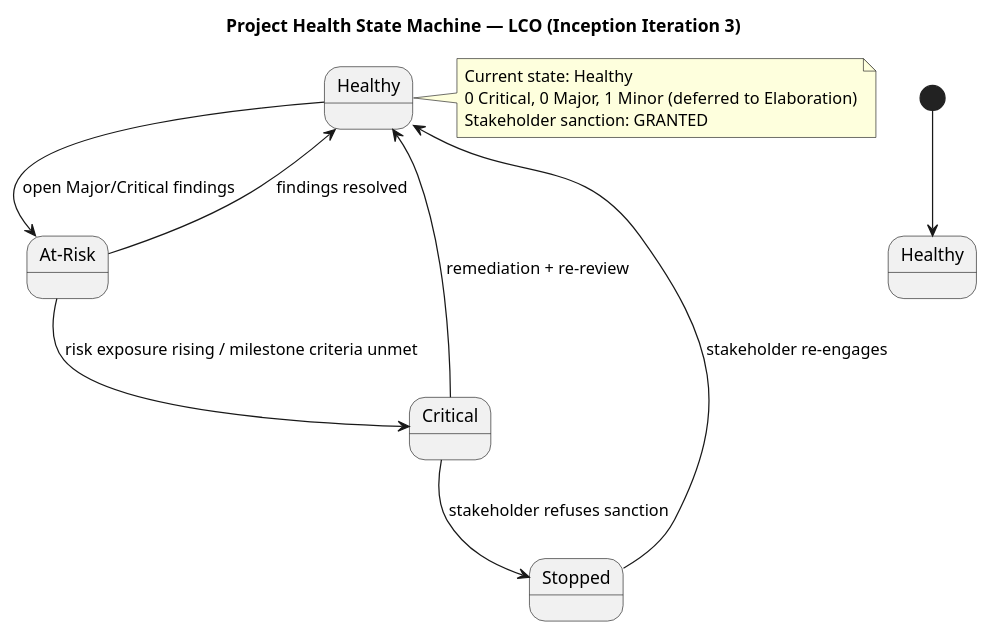
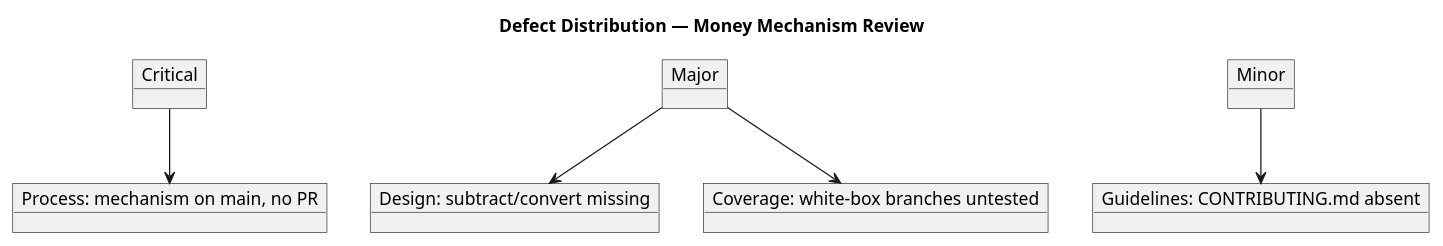
The second of 2 diagrams in docs/artifacts/project-management/review-record.md (banense-test/trademe), drawn with PlantUML before and after one commit. The commit also changed other lines of this file, not shown here.

First line of the commit message:
Code Reviewer [E1]: upsert Review Record

````diff
--- a/docs/artifacts/project-management/review-record.md
+++ b/docs/artifacts/project-management/review-record.md
@@ -49,25 +58,20 @@
 ```plantuml
 @startuml
-title Project Health State Machine — LCO (Inception Iteration 3)
+title Defect Distribution — Money Mechanism Review
 
-[*] --> Healthy
+object "Critical" as CR
+object "Major" as MA
+object "Minor" as MI
 
-state "Healthy" as H
-state "At-Risk" as AR
-state "Critical" as CR
-state "Stopped" as ST
+object "Process: mechanism on main, no PR" as D1
+object "Design: subtract/convert missing" as D2
+object "Coverage: white-box branches untested" as D3
+object "Guidelines: CONTRIBUTING.md absent" as D4
 
-H --> AR : open Major/Critical findings
-AR --> H : findings resolved
-AR --> CR : risk exposure rising / milestone criteria unmet
-CR --> ST : stakeholder refuses sanction
-CR --> H : remediation + re-review
-ST --> H : stakeholder re-engages
+CR --> D1
+MA --> D2
+MA --> D3
+MI --> D4
 
-note right of H
-  Current state: Healthy
-  0 Critical, 0 Major, 1 Minor (deferred to Elaboration)
-  Stakeholder sanction: GRANTED
-end note
 @enduml
 ```
````
